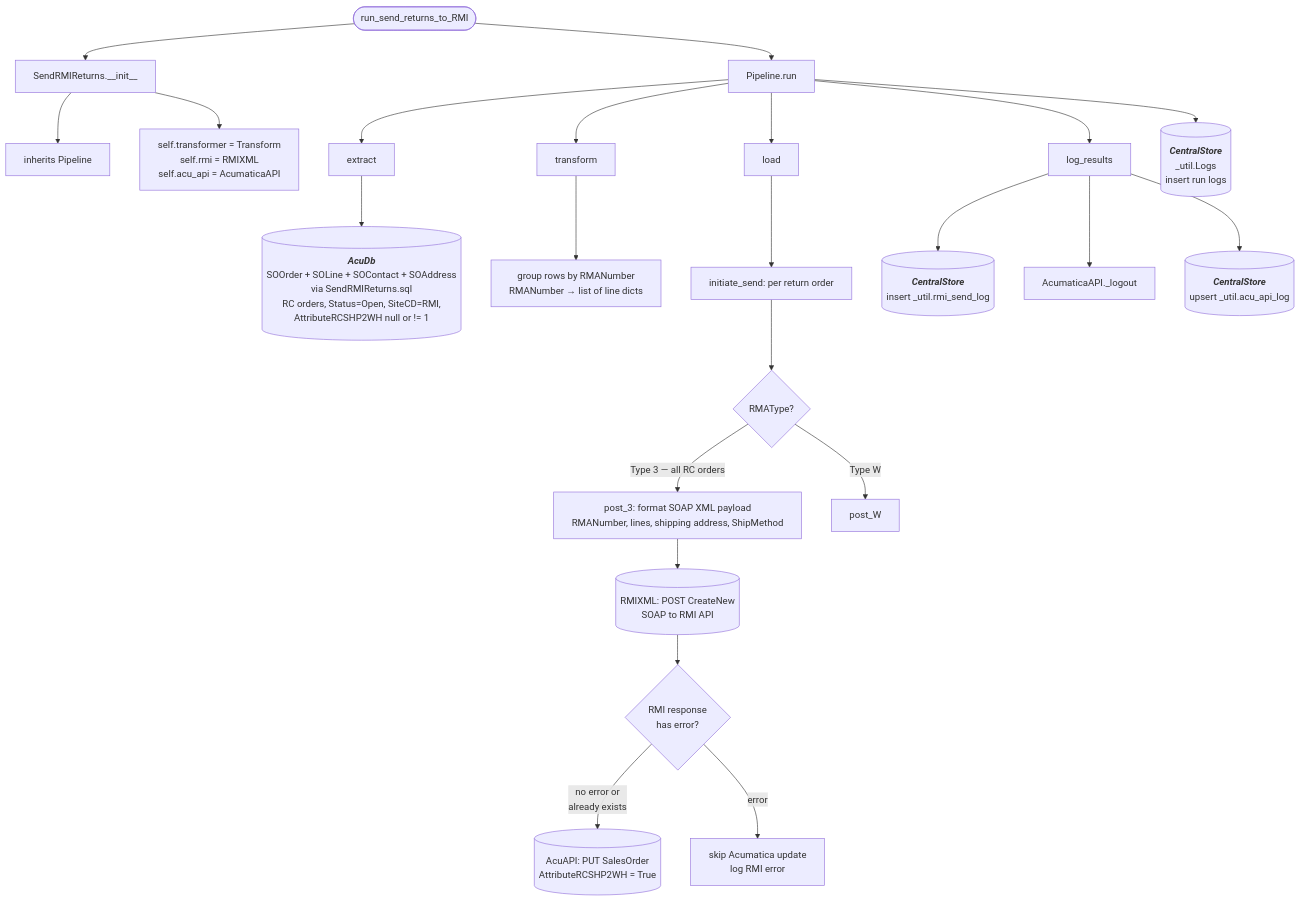
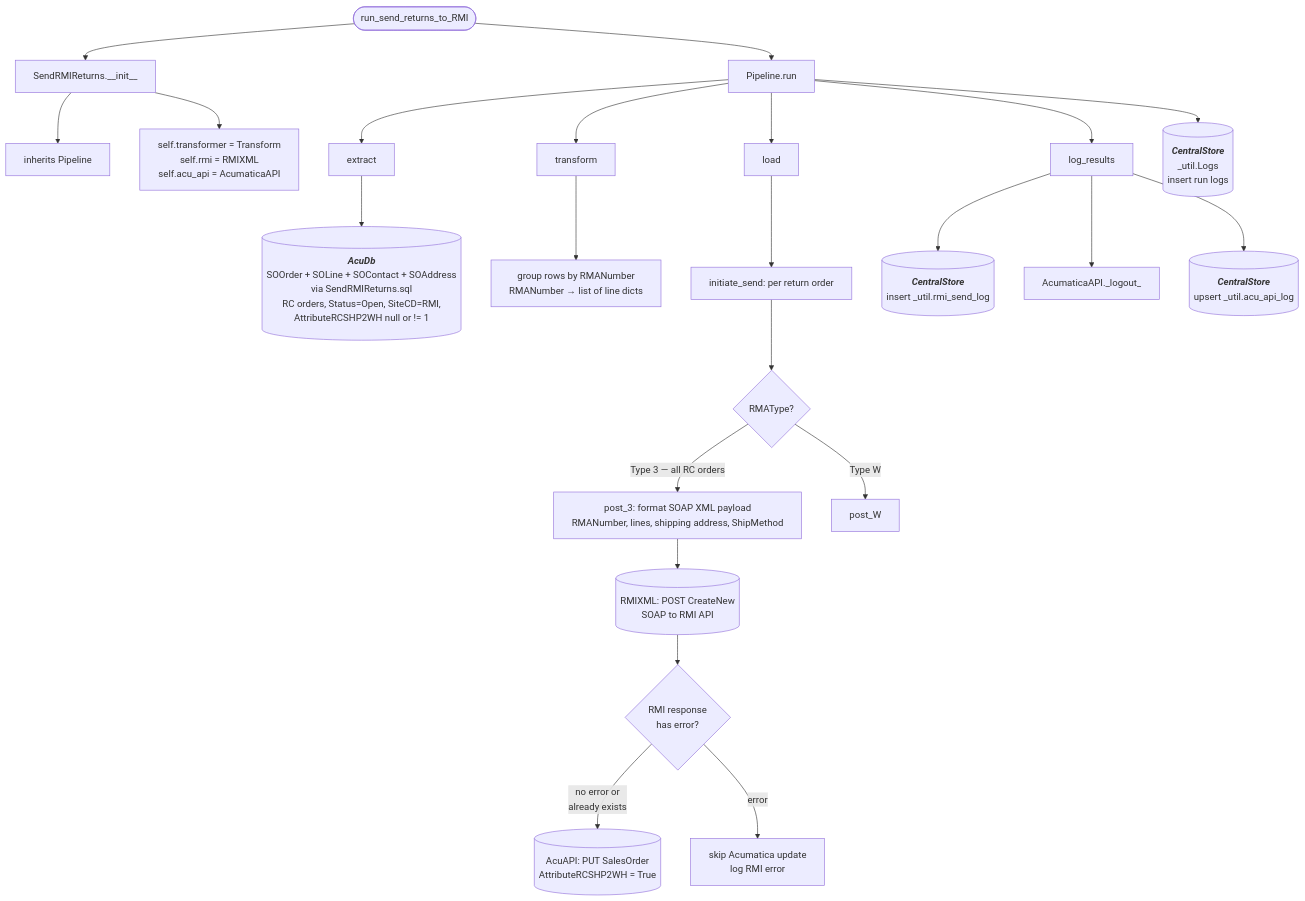
Before and after one commit to journeyhl/integration-platform: the diagram in docs/pipelines/rmi_send_returns.md, drawn with Mermaid. The commit also changed 30 other files, not shown here.

````diff
--- a/docs/pipelines/rmi_send_returns.md
+++ b/docs/pipelines/rmi_send_returns.md
@@ -1,44 +1,44 @@
 ```mermaid
 %%{init: {"flowchart": {"wrappingWidth": 400}}}%%
 flowchart TD
     A([run_send_returns_to_RMI]) --> B[SendRMIReturns.__init__]
     B --> B1[inherits Pipeline]
     B --> B2[ 
         self.transformer = Transform
         self.rmi = RMIXML
         self.acu_api = AcumaticaAPI
     ]
     A --> RUN[Pipeline.run]
 
     RUN --> EX[extract]
     EX --> D1[(
         <b><i>AcuDb</i></b>
         SOOrder + SOLine + SOContact + SOAddress<br/>via SendRMIReturns.sql<br/>RC orders, Status=Open, SiteCD=RMI,<br/>AttributeRCSHP2WH null or != 1)]
 
     RUN --> TR[transform]
     TR --> T1[group rows by RMANumber<br/>RMANumber → list of line dicts]
 
     RUN --> LD[load]
     LD --> LD1[initiate_send: per return order]
     LD1 --> LD2{RMAType?}
     LD2 -->|Type 3 — all RC orders| LD3[post_3: format SOAP XML payload<br/>RMANumber, lines, shipping address, ShipMethod]
     LD2 -->|Type W| LD4[post_W]
     LD3 --> RS1[(RMIXML: POST CreateNew<br/>SOAP to RMI API)]
     RS1 --> LD5{RMI response<br/>has error?}
     LD5 -->|no error or<br/>already exists| LD6[(AcuAPI: PUT SalesOrder<br/>AttributeRCSHP2WH = True)]
     LD5 -->|error| SKIP[skip Acumatica update<br/>log RMI error]
 
     RUN --> LR[log_results]
     LR --> LR1[(
         <b><i>CentralStore</i></b>
         insert _util.rmi_send_log
     )]
-    LR --> LO[AcumaticaAPI._logout]
+    LR --> LO[AcumaticaAPI._logout_]
     LR --> UPS[(
         <b><i>CentralStore</i></b>
         upsert _util.acu_api_log)]
     RUN --> LOGS[(
         <b><i>CentralStore</i></b>
         _util.Logs<br/>insert run logs
     )]
 ```
````
